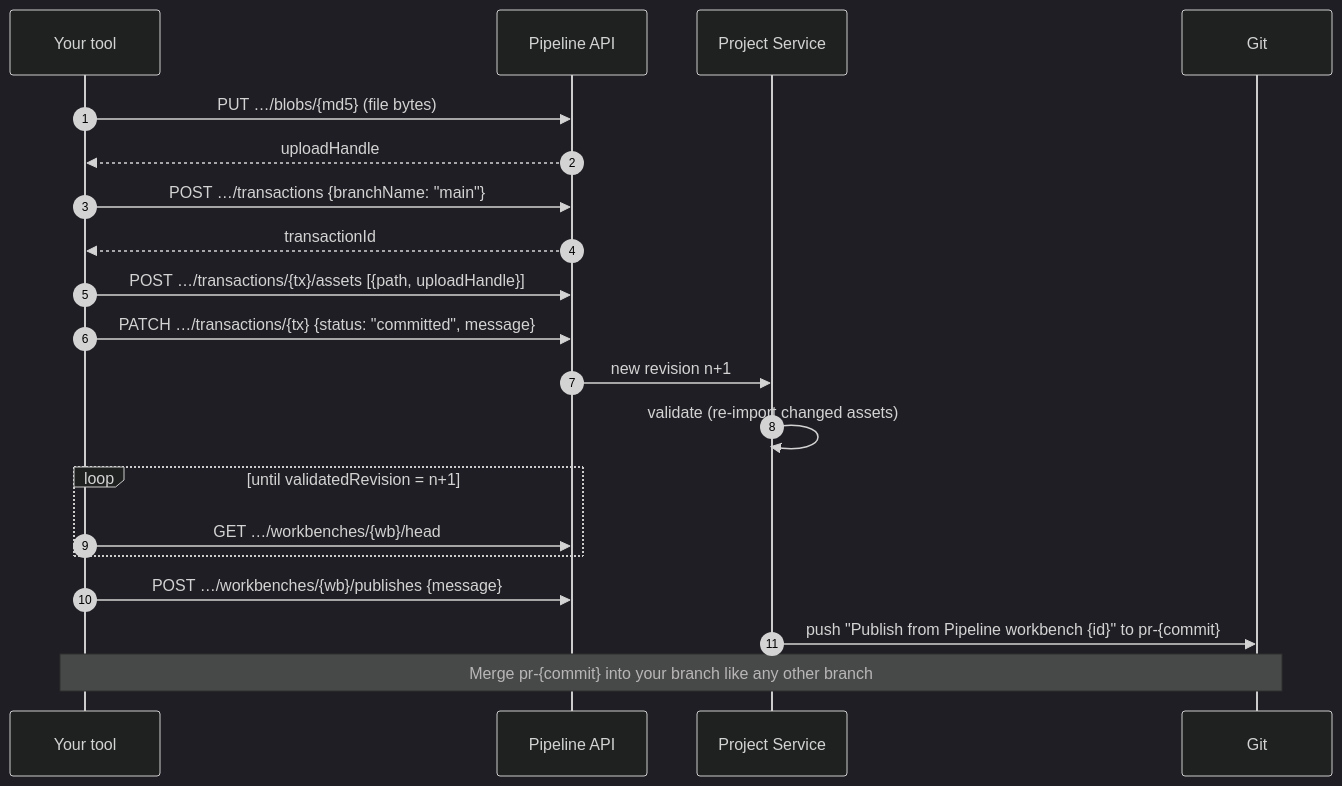
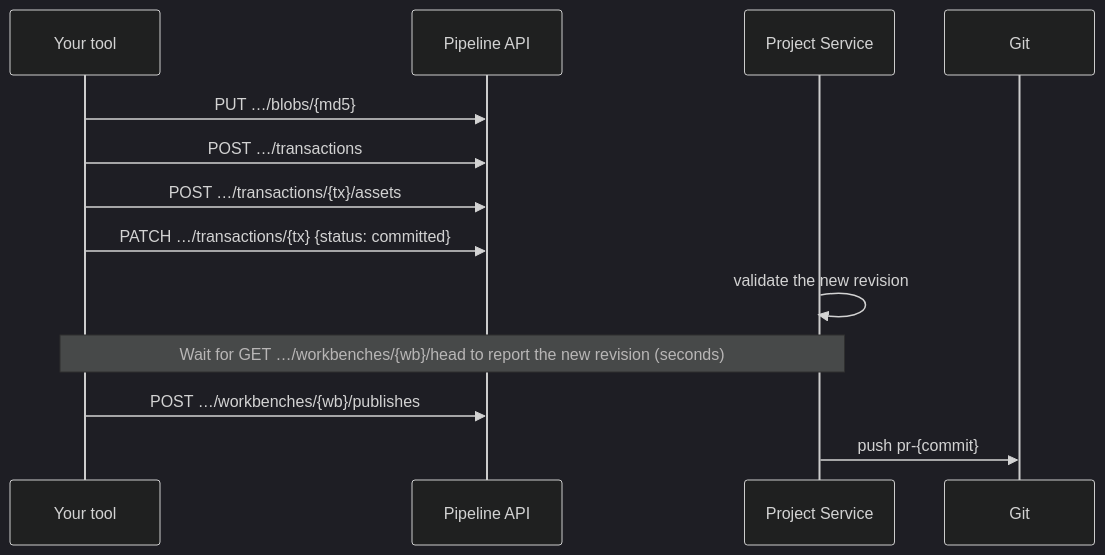
One commit to davidmenardunity/unity_pipeline_sept26_test changed the third of 3 diagrams in docs/architecture.md. Above: the diagram before and after it, drawn with Mermaid (dark theme). The commit also changed other lines of this file and 1 other file, not shown here.

First line of the commit message:
Docs: simpler architecture overview and one diagram per flow

````diff
--- a/docs/architecture.md
+++ b/docs/architecture.md
@@ -122,23 +62,16 @@
 ```mermaid
 sequenceDiagram
-    autonumber
     participant T as Your tool
     participant API as Pipeline API
     participant PS as Project Service
     participant G as Git
 
-    T->>API: PUT …/blobs/{md5} (file bytes)
-    API-->>T: uploadHandle
-    T->>API: POST …/transactions {branchName: "main"}
-    API-->>T: transactionId
-    T->>API: POST …/transactions/{tx}/assets [{path, uploadHandle}]
-    T->>API: PATCH …/transactions/{tx} {status: "committed", message}
-    API->>PS: new revision n+1
-    PS->>PS: validate (re-import changed assets)
-    loop until validatedRevision = n+1
-        T->>API: GET …/workbenches/{wb}/head
-    end
-    T->>API: POST …/workbenches/{wb}/publishes {message}
-    PS->>G: push "Publish from Pipeline workbench {id}" to pr-{commit}
-    Note over T,G: Merge pr-{commit} into your branch like any other branch
+    T->>API: PUT …/blobs/{md5}
+    T->>API: POST …/transactions
+    T->>API: POST …/transactions/{tx}/assets
+    T->>API: PATCH …/transactions/{tx} {status: committed}
+    PS->>PS: validate the new revision
+    Note over T,PS: Wait for GET …/workbenches/{wb}/head to report the new revision (seconds)
+    T->>API: POST …/workbenches/{wb}/publishes
+    PS->>G: push pr-{commit}
 ```
````
